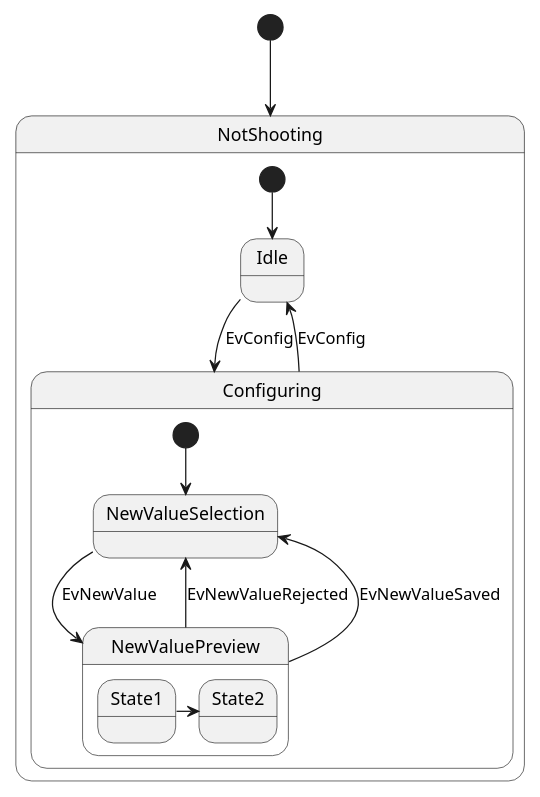
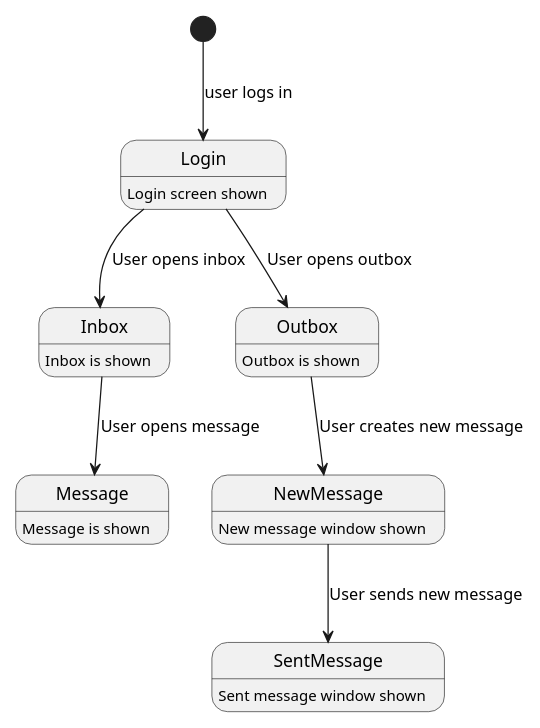
Before and after one commit to GabeKierk889/gruppe-18: the diagram in Ugeopgaver/Diagrams/Week 10 1.2.puml, drawn with PlantUML. The commit also changed 1 other file, not shown here.

Commit message:
Diagrams

```diff
--- a/Ugeopgaver/Diagrams/Week 10 1.2.puml
+++ b/Ugeopgaver/Diagrams/Week 10 1.2.puml
@@ -1,24 +1,25 @@
 @startuml
 'https://plantuml.com/state-diagram
 
 scale 350 width
-[*] --> NotShooting
+[*] --> Login: user logs in
+Login: Login screen shown
 
-state NotShooting {
-  [*] --> Idle
-  Idle --> Configuring : EvConfig
-  Configuring --> Idle : EvConfig
-}
+Login --> Inbox: User opens inbox
+Inbox: Inbox is shown
 
-state Configuring {
-  [*] --> NewValueSelection
-  NewValueSelection --> NewValuePreview : EvNewValue
-  NewValuePreview --> NewValueSelection : EvNewValueRejected
-  NewValuePreview --> NewValueSelection : EvNewValueSaved
+Inbox --> Message: User opens message
+Message: Message is shown
 
-  state NewValuePreview {
-     State1 -> State2
-  }
+Login --> Outbox: User opens outbox
+Outbox: Outbox is shown
 
-}
+Outbox --> NewMessage: User creates new message
+NewMessage: New message window shown
+
+NewMessage --> SentMessage: User sends new message
+SentMessage: Sent message window shown
+
+
+
 @enduml
```
